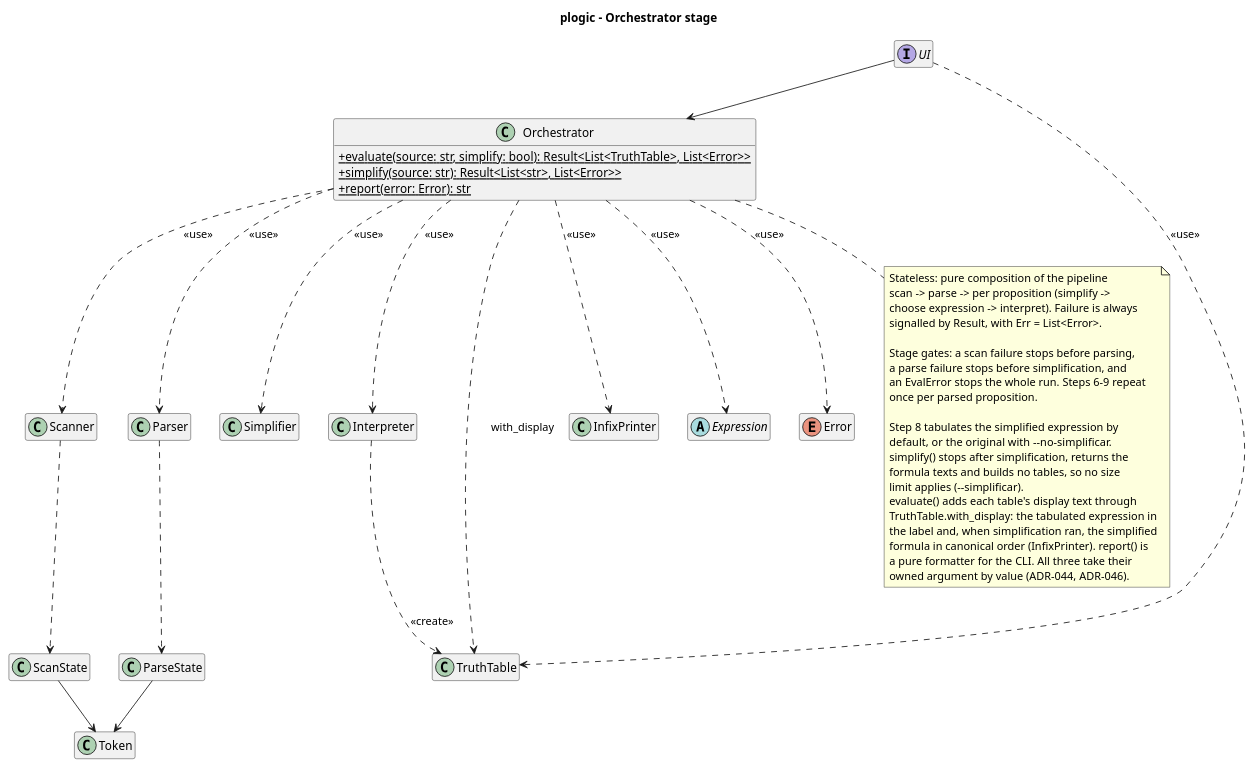
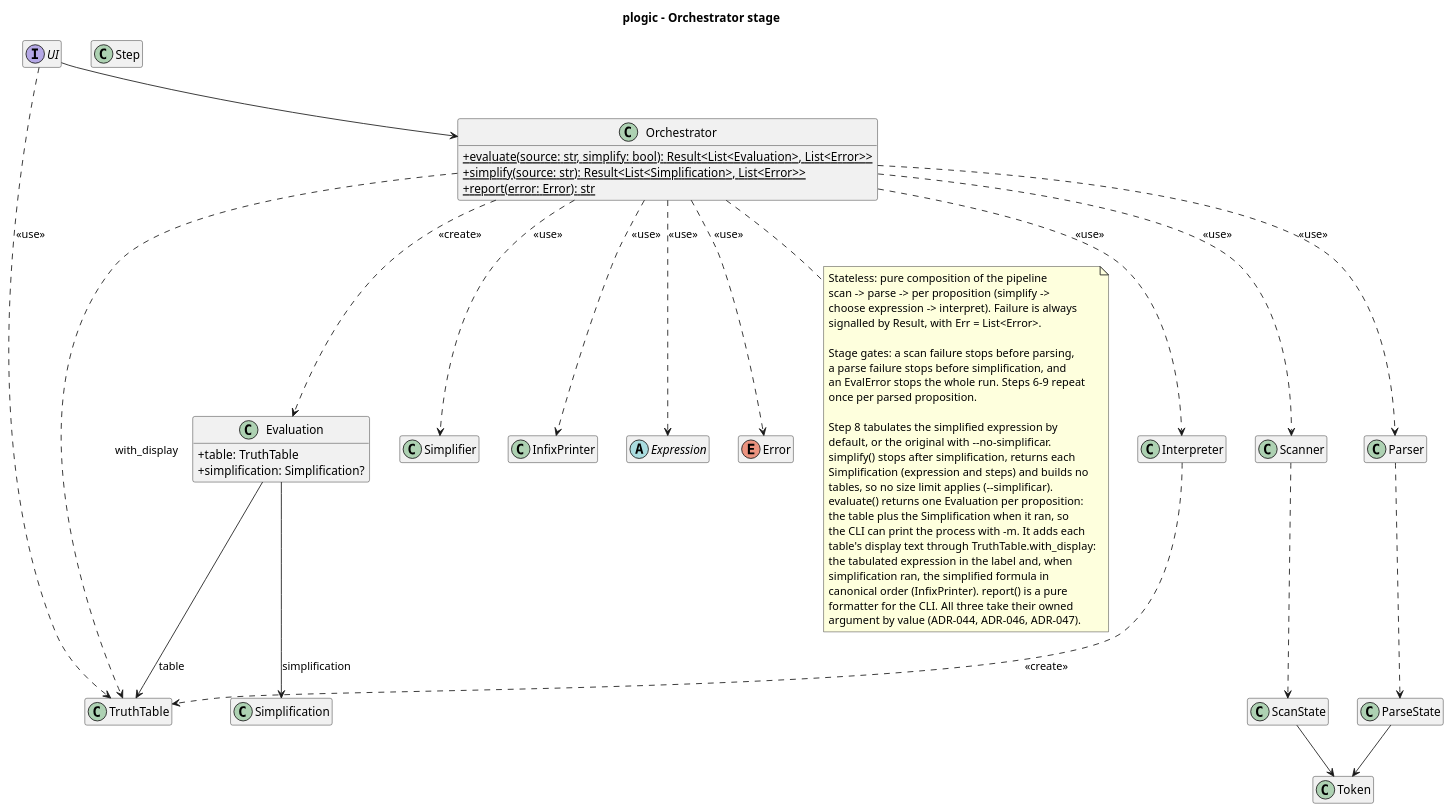
The diagram in design/diagrams/orchestrator_class.puml (Josgtg/plogic), drawn with PlantUML before and after one commit. The commit also changed 9 other files, not shown here.

Commit message:
design: document the simplification process list

```diff
--- a/design/diagrams/orchestrator_class.puml
+++ b/design/diagrams/orchestrator_class.puml
@@ -1,71 +1,84 @@
 @startuml orchestrator_class
 title plogic - Orchestrator stage
 
 skinparam classAttributeIconSize 0
 hide empty members
 
 interface UI {
 }
 
 class Orchestrator {
-  +{static} evaluate(source: str, simplify: bool): Result<List<TruthTable>, List<Error>>
-  +{static} simplify(source: str): Result<List<str>, List<Error>>
+  +{static} evaluate(source: str, simplify: bool): Result<List<Evaluation>, List<Error>>
+  +{static} simplify(source: str): Result<List<Simplification>, List<Error>>
   +{static} report(error: Error): str
+}
+
+class Evaluation {
+  +table: TruthTable
+  +simplification: Simplification?
 }
 
 class Token
 
 class Scanner
 class Parser
 class ScanState
 class ParseState
 class Simplifier
+class Simplification
+class Step
 class Interpreter
 class TruthTable
 class InfixPrinter
 abstract class Expression
 enum Error
 
 note bottom of Orchestrator
   Stateless: pure composition of the pipeline
   scan -> parse -> per proposition (simplify ->
   choose expression -> interpret). Failure is always
   signalled by Result, with Err = List<Error>.
 
   Stage gates: a scan failure stops before parsing,
   a parse failure stops before simplification, and
   an EvalError stops the whole run. Steps 6-9 repeat
   once per parsed proposition.
 
   Step 8 tabulates the simplified expression by
   default, or the original with --no-simplificar.
-  simplify() stops after simplification, returns the
-  formula texts and builds no tables, so no size
-  limit applies (--simplificar).
-  evaluate() adds each table's display text through
-  TruthTable.with_display: the tabulated expression in
-  the label and, when simplification ran, the simplified
-  formula in canonical order (InfixPrinter). report() is
-  a pure formatter for the CLI. All three take their
-  owned argument by value (ADR-044, ADR-046).
+  simplify() stops after simplification, returns each
+  Simplification (expression and steps) and builds no
+  tables, so no size limit applies (--simplificar).
+  evaluate() returns one Evaluation per proposition:
+  the table plus the Simplification when it ran, so
+  the CLI can print the process with -m. It adds each
+  table's display text through TruthTable.with_display:
+  the tabulated expression in the label and, when
+  simplification ran, the simplified formula in
+  canonical order (InfixPrinter). report() is a pure
+  formatter for the CLI. All three take their owned
+  argument by value (ADR-044, ADR-046, ADR-047).
 end note
 
 UI --> Orchestrator
 
 Orchestrator ..> Scanner : <<use>>
 Orchestrator ..> Parser : <<use>>
 Orchestrator ..> Simplifier : <<use>>
 Orchestrator ..> Interpreter : <<use>>
 Orchestrator ..> TruthTable : with_display
+Orchestrator ..> Evaluation : <<create>>
+Evaluation --> TruthTable : table
+Evaluation --> Simplification : simplification
 Orchestrator ..> InfixPrinter : <<use>>
 Orchestrator ..> Expression : <<use>>
 Orchestrator ..> Error : <<use>>
 
 Scanner ..> ScanState
 Parser ..> ParseState
 ScanState --> Token
 ParseState --> Token
 Interpreter ..> TruthTable : <<create>>
 UI ..> TruthTable : <<use>>
 
 @enduml
```
